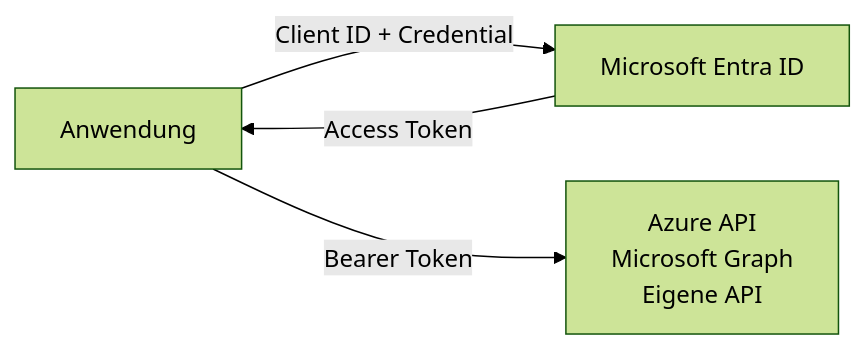
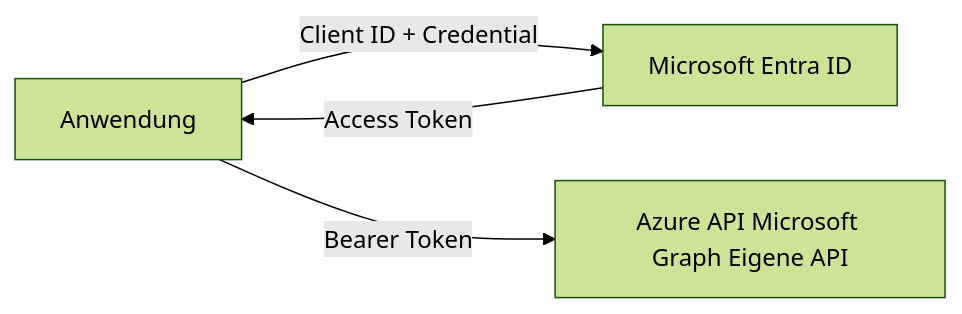
One commit to SoniiiT/notes-n-docs changed the third of 7 diagrams in Microsoft 365/Azure/Identität und Schlüssel/Microsoft Entra Workload ID.md. Above: the diagram before and after it, drawn with Mermaid (forest theme). The commit also changed other lines of this file and 124 other files, not shown here.

First line of the commit message:
fix: Entferne \n aus allen Mermaid-Diagrammen (125 Dateien)

````diff
--- a/Microsoft 365/Azure/Identität und Schlüssel/Microsoft Entra Workload ID.md
+++ b/Microsoft 365/Azure/Identität und Schlüssel/Microsoft Entra Workload ID.md
@@ -94,6 +94,6 @@
 ```mermaid
 graph LR
     APP[Anwendung] -->|Client ID + Credential| AAD[Microsoft Entra ID]
     AAD -->|Access Token| APP
-    APP -->|Bearer Token| API[Azure API\nMicrosoft Graph\nEigene API]
+    APP -->|Bearer Token| API[Azure API Microsoft Graph Eigene API]
 ```
````
